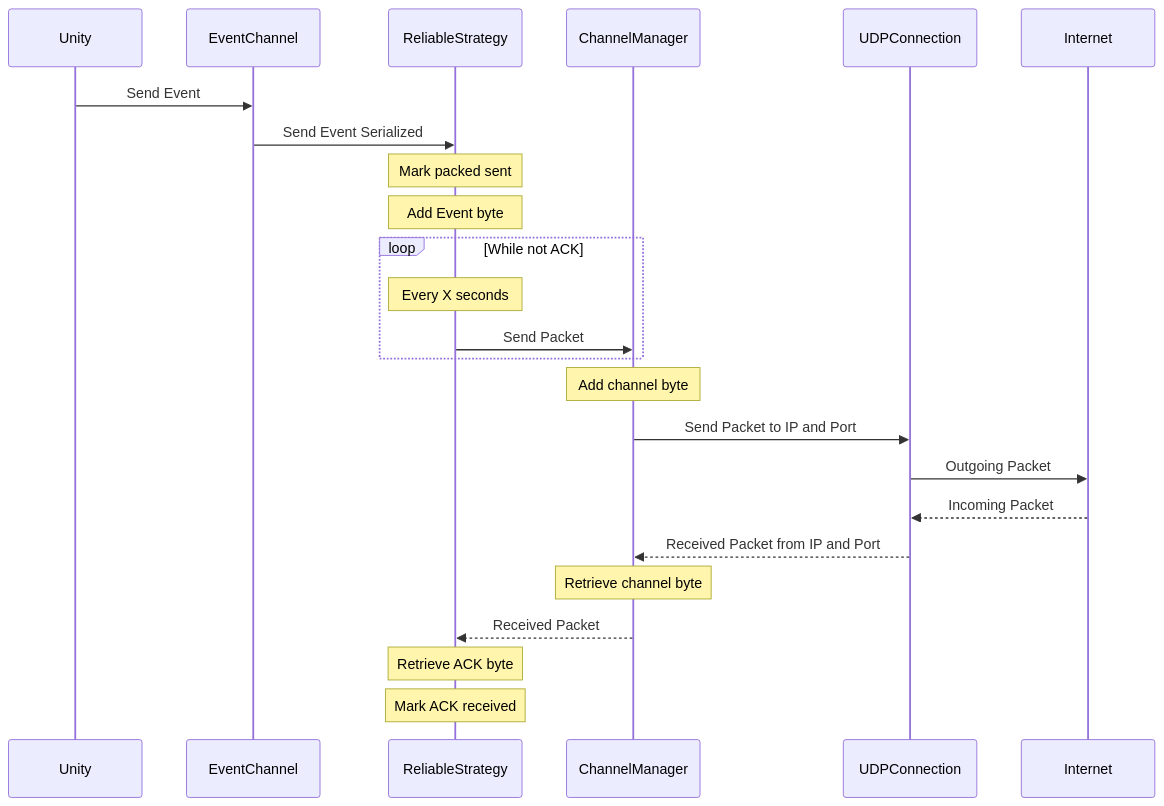
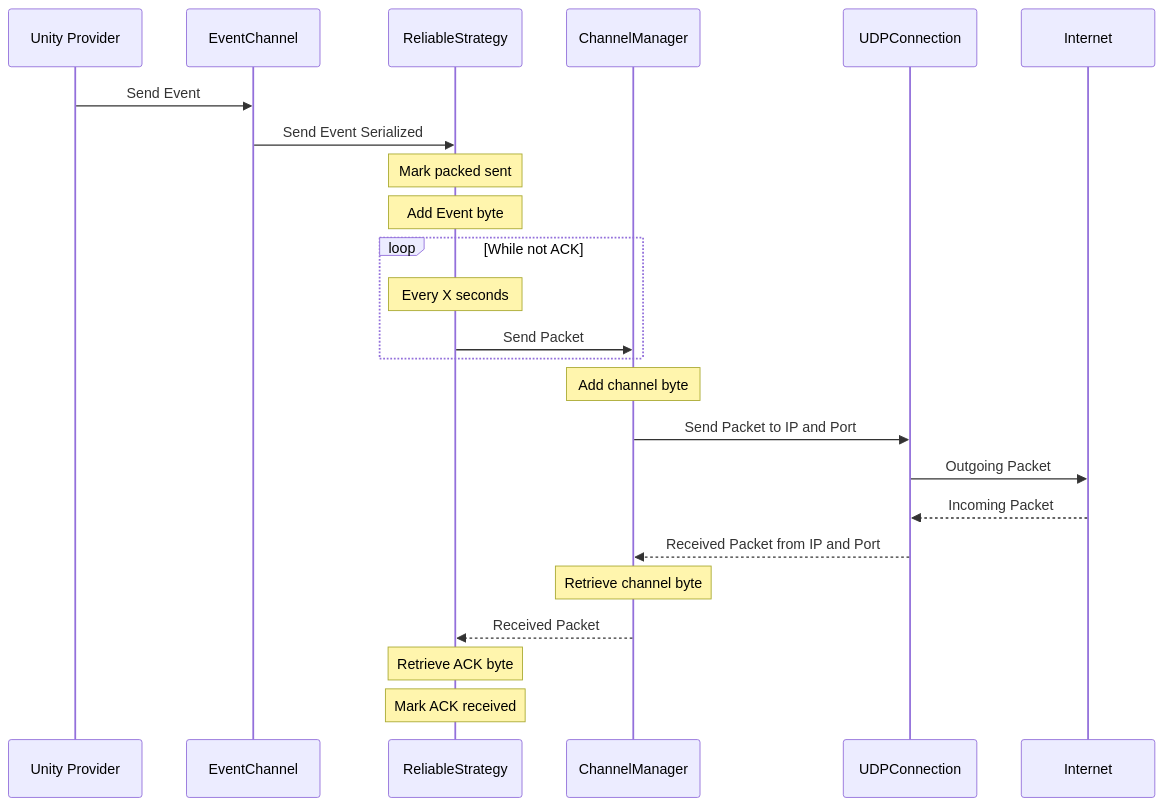
The third of 4 diagrams in README.md (julianrod94/Videojuegos-Avanzados), drawn with Mermaid before and after one commit. The commit also changed other lines of this file and 1 other file, not shown here.

````diff
--- a/README.md
+++ b/README.md
@@ -24,20 +24,20 @@
 ```mermaid
 sequenceDiagram
-Unity ->> EventChannel: Send Event
+Unity Provider ->> EventChannel: Send Event
 EventChannel ->> ReliableStrategy: Send Event Serialized
 Note over ReliableStrategy: Mark packed sent
 Note over ReliableStrategy: Add Event byte
 loop While not ACK
 	Note over ReliableStrategy: Every X seconds
 	ReliableStrategy ->> ChannelManager: Send Packet
 end
 Note over ChannelManager: Add channel byte
 ChannelManager ->> UDPConnection: Send Packet to IP and Port
 UDPConnection ->> Internet: Outgoing Packet
 Internet -->> UDPConnection: Incoming Packet
 UDPConnection -->> ChannelManager: Received Packet from IP and Port
 Note over ChannelManager: Retrieve channel byte
 ChannelManager -->> ReliableStrategy: Received Packet
 Note over ReliableStrategy: Retrieve ACK byte
 Note over ReliableStrategy: Mark ACK received
 ```
````
